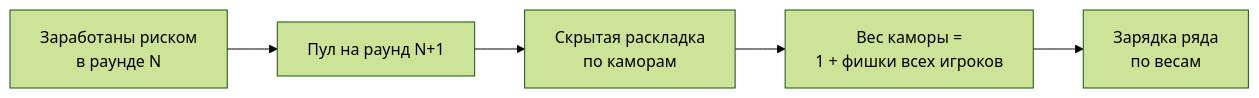
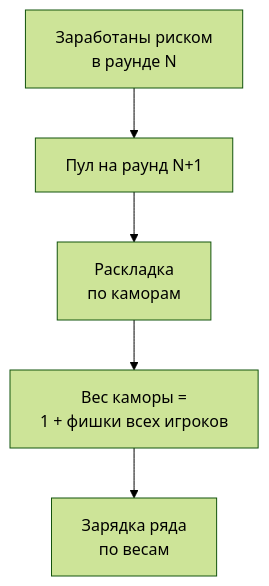
The first of 2 diagrams in docs/rules/chips.md (CaseyJohnson-RS/LiveEngine), drawn with Mermaid (forest theme) before and after one commit. The commit also changed other lines of this file and 10 other files, not shown here.

````diff
--- a/docs/rules/chips.md
+++ b/docs/rules/chips.md
@@ -8,7 +9,7 @@
 ```mermaid
-flowchart LR
+flowchart TD
     E["Заработаны риском<br/>в раунде N"] --> P["Пул на раунд N+1"]
-    P --> L["Скрытая раскладка<br/>по каморам"]
+    P --> L["Раскладка<br/>по каморам"]
     L --> W["Вес каморы =<br/>1 + фишки всех игроков"]
     W --> Z["Зарядка ряда<br/>по весам"]
 ```
````
